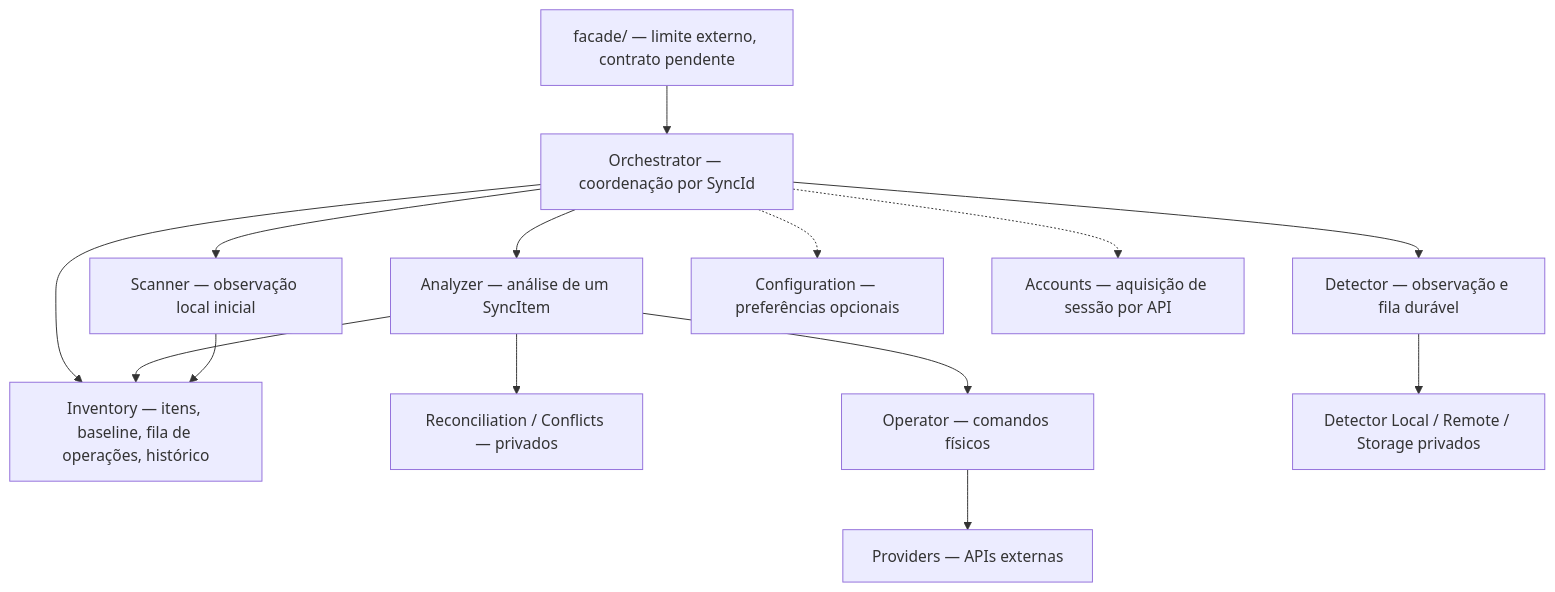
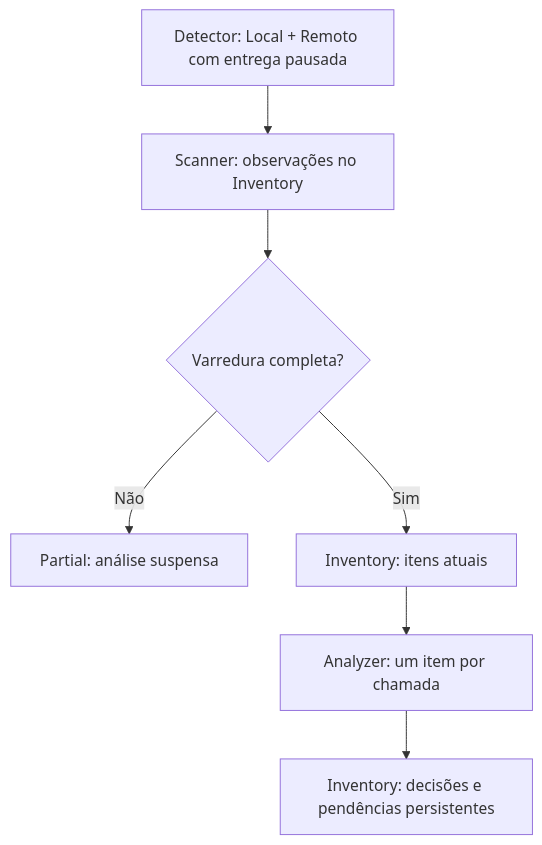
Before and after one commit to rafatosta/drivesync: the diagram in docs/engine/orchestrator/README.md, drawn with Mermaid. The commit also changed other lines of this file and 13 other files, not shown here.

````diff
--- a/docs/engine/orchestrator/README.md
+++ b/docs/engine/orchestrator/README.md
@@ -11,16 +8,9 @@
 ```mermaid
 flowchart TD
-  F["facade/ — limite externo, contrato pendente"] --> O["Orchestrator — coordenação por SyncId"]
-  O --> D["Detector — observação e fila durável"]
-  O --> S["Scanner — observação local inicial"]
-  O --> I["Inventory — itens, baseline, fila de operações, histórico"]
-  O --> A["Analyzer — análise de um SyncItem"]
-  A --> R["Reconciliation / Conflicts — privados"]
-  A --> P["Operator — comandos físicos"]
-  A --> I
-  P --> G["Providers — APIs externas"]
-  D --> L["Detector Local / Remote / Storage privados"]
-  S --> I
-  O -.-> C["Configuration — preferências opcionais"]
-  O -.-> AC["Accounts — aquisição de sessão por API"]
+  D["Detector: Local + Remoto com entrega pausada"] --> S["Scanner: observações no Inventory"]
+  S --> C{"Varredura completa?"}
+  C -->|Não| P["Partial: análise suspensa"]
+  C -->|Sim| I["Inventory: itens atuais"]
+  I --> A["Analyzer: um item por chamada"]
+  A --> R["Inventory: decisões e pendências persistentes"]
 ```
````
